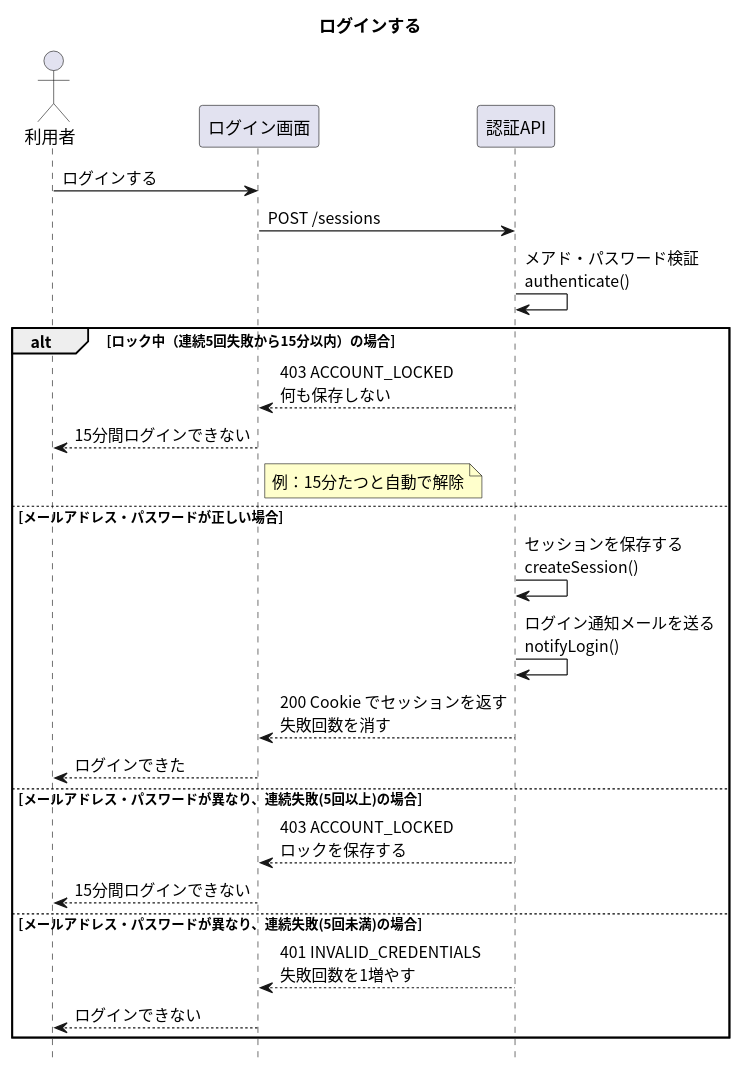
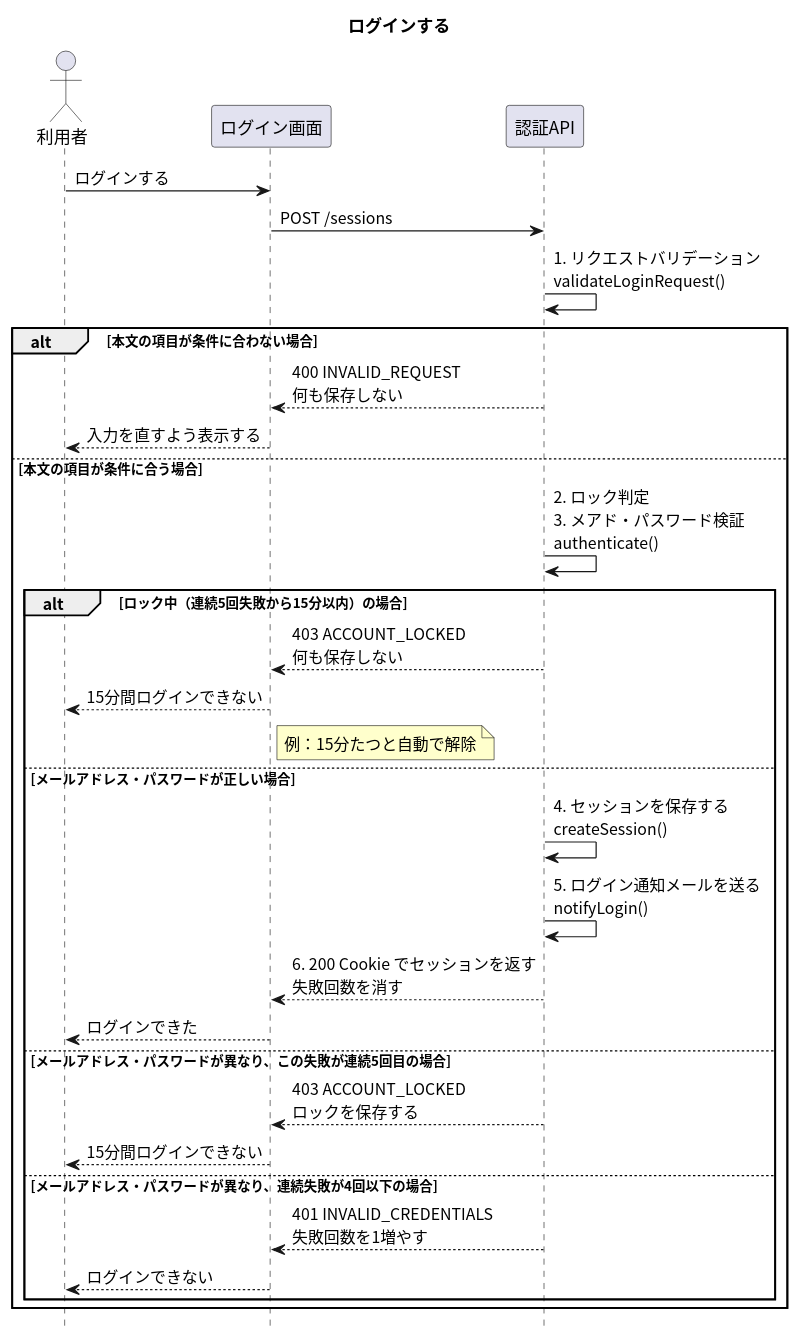
The diagram in apis/login/入口.puml (masamasamasato/design-doc-template), drawn with PlantUML before and after one commit. The commit also changed 13 other files, not shown here.

```diff
--- a/apis/login/入口.puml
+++ b/apis/login/入口.puml
@@ -1,33 +1,39 @@
 @startuml
 skinparam shadowing false
 skinparam defaultFontName "Noto Sans CJK JP"
 skinparam SequenceFontName "Noto Sans CJK JP"
 skinparam NoteBackgroundColor #FFFFCC
 hide footbox
 
 title ログインする
 
 actor "利用者" as User
 participant "ログイン画面" as Screen
 participant "認証API" as API
 
 User -> Screen : ログインする
 Screen -> API : POST /sessions
-API -> API : メアド・パスワード検証\nauthenticate()
-alt ロック中（連続5回失敗から15分以内）の場合
-  API --> Screen : 403 ACCOUNT_LOCKED\n何も保存しない
-  Screen --> User : 15分間ログインできない
-  note right of Screen : 例：15分たつと自動で解除
-else メールアドレス・パスワードが正しい場合
-  API -> API : セッションを保存する\ncreateSession()
-  API -> API : ログイン通知メールを送る\nnotifyLogin()
-  API --> Screen : 200 Cookie でセッションを返す\n失敗回数を消す
-  Screen --> User : ログインできた
-else メールアドレス・パスワードが異なり、連続失敗(5回以上)の場合
-  API --> Screen : 403 ACCOUNT_LOCKED\nロックを保存する
-  Screen --> User : 15分間ログインできない
-else メールアドレス・パスワードが異なり、連続失敗(5回未満)の場合
-  API --> Screen : 401 INVALID_CREDENTIALS\n失敗回数を1増やす
-  Screen --> User : ログインできない
+API -> API : 1. リクエストバリデーション\nvalidateLoginRequest()
+alt 本文の項目が条件に合わない場合
+  API --> Screen : 400 INVALID_REQUEST\n何も保存しない
+  Screen --> User : 入力を直すよう表示する
+else 本文の項目が条件に合う場合
+  API -> API : 2. ロック判定\n3. メアド・パスワード検証\nauthenticate()
+  alt ロック中（連続5回失敗から15分以内）の場合
+    API --> Screen : 403 ACCOUNT_LOCKED\n何も保存しない
+    Screen --> User : 15分間ログインできない
+    note right of Screen : 例：15分たつと自動で解除
+  else メールアドレス・パスワードが正しい場合
+    API -> API : 4. セッションを保存する\ncreateSession()
+    API -> API : 5. ログイン通知メールを送る\nnotifyLogin()
+    API --> Screen : 6. 200 Cookie でセッションを返す\n失敗回数を消す
+    Screen --> User : ログインできた
+  else メールアドレス・パスワードが異なり、この失敗が連続5回目の場合
+    API --> Screen : 403 ACCOUNT_LOCKED\nロックを保存する
+    Screen --> User : 15分間ログインできない
+  else メールアドレス・パスワードが異なり、連続失敗が4回以下の場合
+    API --> Screen : 401 INVALID_CREDENTIALS\n失敗回数を1増やす
+    Screen --> User : ログインできない
+  end
 end
 @enduml
```
